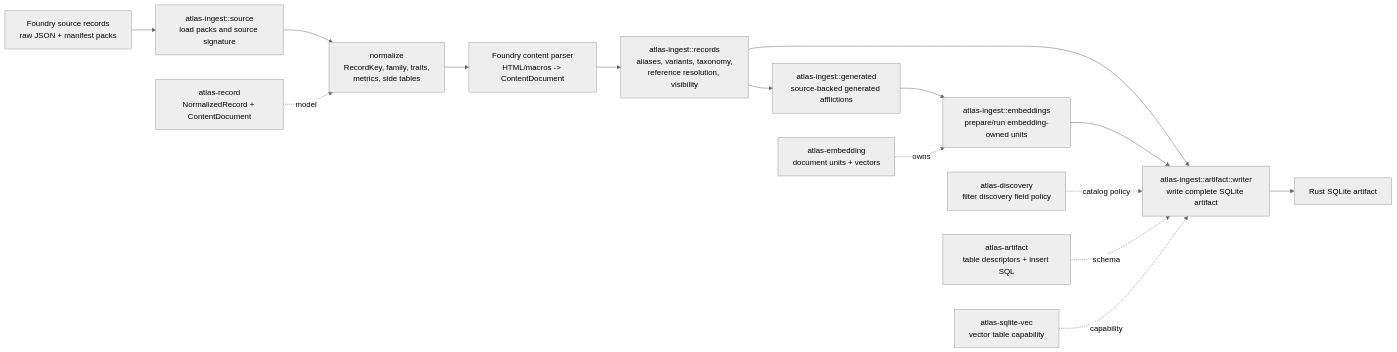
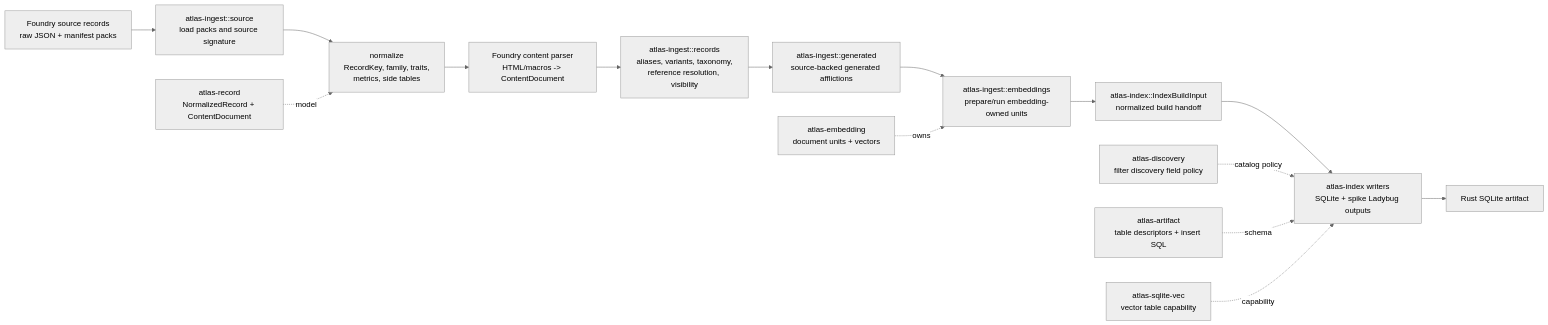
One commit to e-kosten/pf2e-atlas changed the second of 4 diagrams in docs/architecture/runtime.md. Above: the diagram before and after it, drawn with Mermaid (neutral theme). The commit also changed other lines of this file and 107 other files, not shown here.

````diff
--- a/docs/architecture/runtime.md
+++ b/docs/architecture/runtime.md
@@ -64,18 +64,18 @@
 ```mermaid
 flowchart LR
     raw["Foundry source records<br/>raw JSON + manifest packs"] --> load["atlas-ingest::source<br/>load packs and source signature"]
     load --> normalize["normalize<br/>RecordKey, family, traits,<br/>metrics, side tables"]
     normalize --> content["Foundry content parser<br/>HTML/macros -> ContentDocument"]
     content --> enrich["atlas-ingest::records<br/>aliases, variants, taxonomy,<br/>reference resolution, visibility"]
     enrich --> generated["atlas-ingest::generated<br/>source-backed generated afflictions"]
     generated --> embedPrep["atlas-ingest::embeddings<br/>prepare/run embedding-owned units"]
-    enrich --> writer["atlas-ingest::artifact::writer<br/>write complete SQLite artifact"]
-    embedPrep --> writer
+    embedPrep --> handoff["atlas-index::IndexBuildInput<br/>normalized build handoff"]
+    handoff --> writer["atlas-index writers<br/>SQLite + spike Ladybug outputs"]
     writer --> sqlite["Rust SQLite artifact"]
 
     record["atlas-record<br/>NormalizedRecord + ContentDocument"] -. model .-> normalize
     discovery["atlas-discovery<br/>filter discovery field policy"] -. catalog policy .-> writer
     artifact["atlas-artifact<br/>table descriptors + insert SQL"] -. schema .-> writer
     embedding["atlas-embedding<br/>document units + vectors"] -. owns .-> embedPrep
     sqliteVec["atlas-sqlite-vec<br/>vector table capability"] -. capability .-> writer
 ```
````
